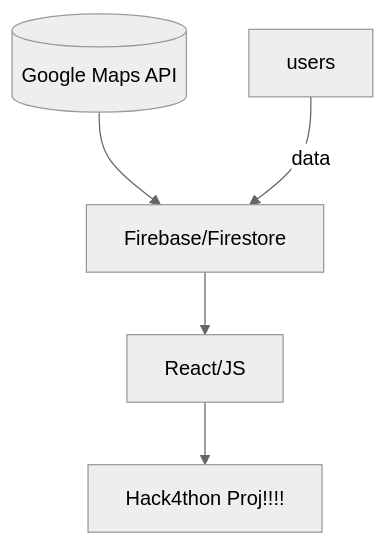
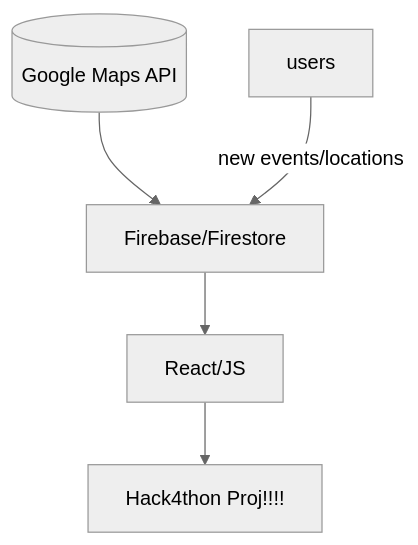
The diagram in README.md (pg1211/CultureDMV), drawn with Mermaid (neutral theme) before and after one commit.

````diff
--- a/README.md
+++ b/README.md
@@ -32,8 +32,8 @@
 ```mermaid
     flowchart TD
     gm[(Google Maps API)] --> back
         back[Firebase/Firestore] --> front
         front[React/JS] --> app
         app[Hack4thon Proj!!!!]
-        users --data--> back
+        users --new events/locations--> back
 ```
````
